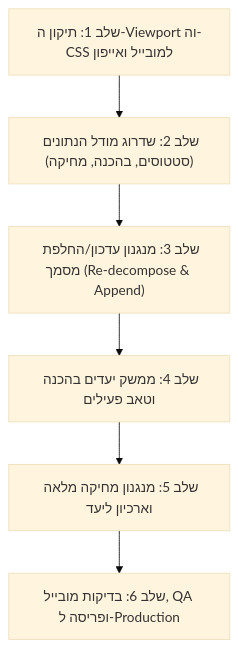
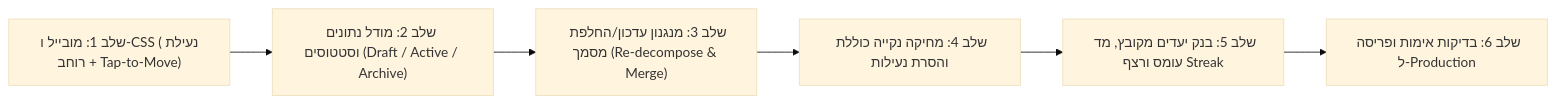
One commit to AlphaKate/daily-process changed the second of 2 diagrams in docs/GOALS_SCREEN_IMPROVEMENT_PLAN.md. Above: the diagram before and after it, drawn with Mermaid (base theme). The commit also changed other lines of this file and 1 other file, not shown here.

````diff
--- a/docs/GOALS_SCREEN_IMPROVEMENT_PLAN.md
+++ b/docs/GOALS_SCREEN_IMPROVEMENT_PLAN.md
@@ -116,8 +137,8 @@
 ```mermaid
-flowchart TD
-    S1["שלב 1: תיקון ה-Viewport וה-CSS למובייל ואייפון"] --> S2["שלב 2: שדרוג מודל הנתונים (סטטוסים, בהכנה, מחיקה)"]
-    S2 --> S3["שלב 3: מנגנון עדכון/החלפת מסמך (Re-decompose & Append)"]
-    S3 --> S4["שלב 4: ממשק יעדים בהכנה וטאב פעילים"]
-    S4 --> S5["שלב 5: מנגנון מחיקה מלאה וארכיון ליעד"]
-    S5 --> S6["שלב 6: בדיקות מובייל, QA ופריסה ל-Production"]
+flowchart LR
+    P1["שלב 1: מובייל ו-CSS (נעילת רוחב + Tap-to-Move)"] --> P2["שלב 2: מודל נתונים וסטטוסים (Draft / Active / Archive)"]
+    P2 --> P3["שלב 3: מנגנון עדכון/החלפת מסמך (Re-decompose & Merge)"]
+    P3 --> P4["שלב 4: מחיקה נקייה כוללת והסרת נעילות"]
+    P4 --> P5["שלב 5: בנק יעדים מקובץ, מד עומס ורצף Streak"]
+    P5 --> P6["שלב 6: בדיקות אימות ופריסה ל-Production"]
 ```
````
